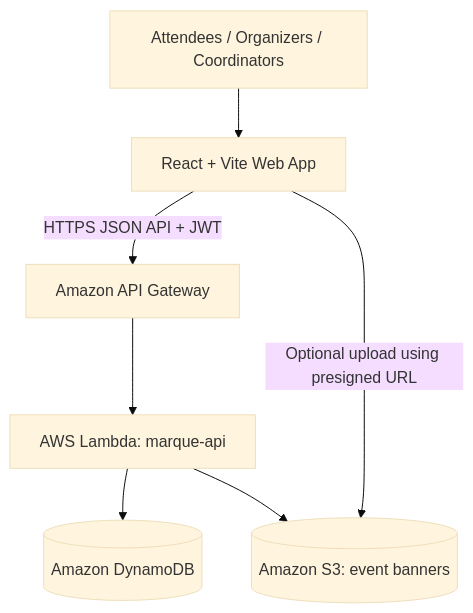
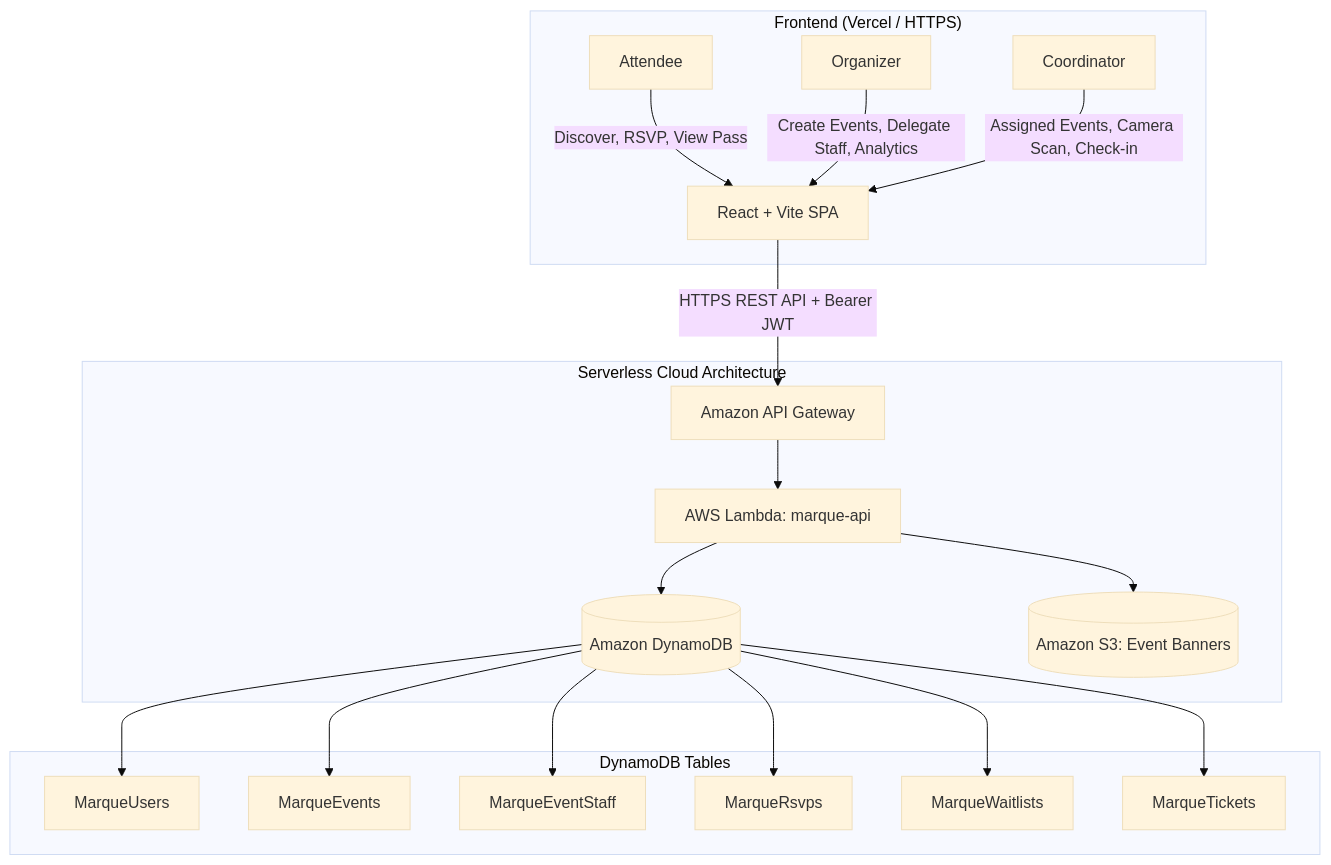
One commit to Chandrabhanu-Prusty/CCL-Microproject changed the first of 2 diagrams in docs/ARCHITECTURE.md. Above: the diagram before and after it, drawn with Mermaid (base theme). The commit also changed other lines of this file and 16 other files, not shown here.

````diff
--- a/docs/ARCHITECTURE.md
+++ b/docs/ARCHITECTURE.md
@@ -5,9 +5,25 @@
 ```mermaid
 flowchart TD
-    U[Attendees / Organizers / Coordinators] --> FE[React + Vite Web App]
-    FE -->|HTTPS JSON API + JWT| APIGW[Amazon API Gateway]
-    APIGW --> L[AWS Lambda: marque-api]
-    L --> DB[(Amazon DynamoDB)]
-    L --> S3[(Amazon S3: event banners)]
-    FE -->|Optional upload using presigned URL| S3
+    subgraph Clients["Frontend (Vercel / HTTPS)"]
+        A[Attendee] -->|Discover, RSVP, View Pass| FE[React + Vite SPA]
+        O[Organizer] -->|Create Events, Delegate Staff, Analytics| FE
+        C[Coordinator] -->|Assigned Events, Camera Scan, Check-in| FE
+    end
+
+    FE -->|HTTPS REST API + Bearer JWT| APIGW[Amazon API Gateway]
+
+    subgraph AWS["Serverless Cloud Architecture"]
+        APIGW --> L[AWS Lambda: marque-api]
+        L --> DB[(Amazon DynamoDB)]
+        L --> S3[(Amazon S3: Event Banners)]
+    end
+
+    subgraph Tables["DynamoDB Tables"]
+        DB --> T1[MarqueUsers]
+        DB --> T2[MarqueEvents]
+        DB --> T3[MarqueEventStaff]
+        DB --> T4[MarqueRsvps]
+        DB --> T5[MarqueWaitlists]
+        DB --> T6[MarqueTickets]
+    end
 ```
````
